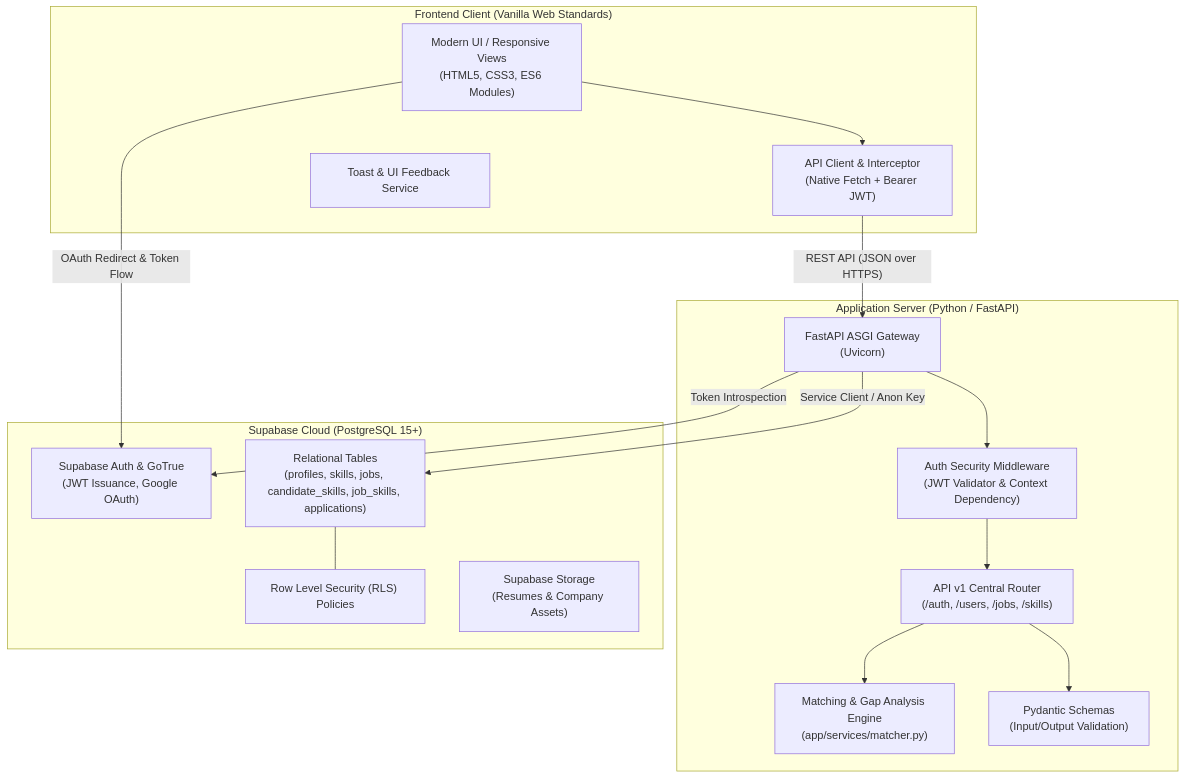
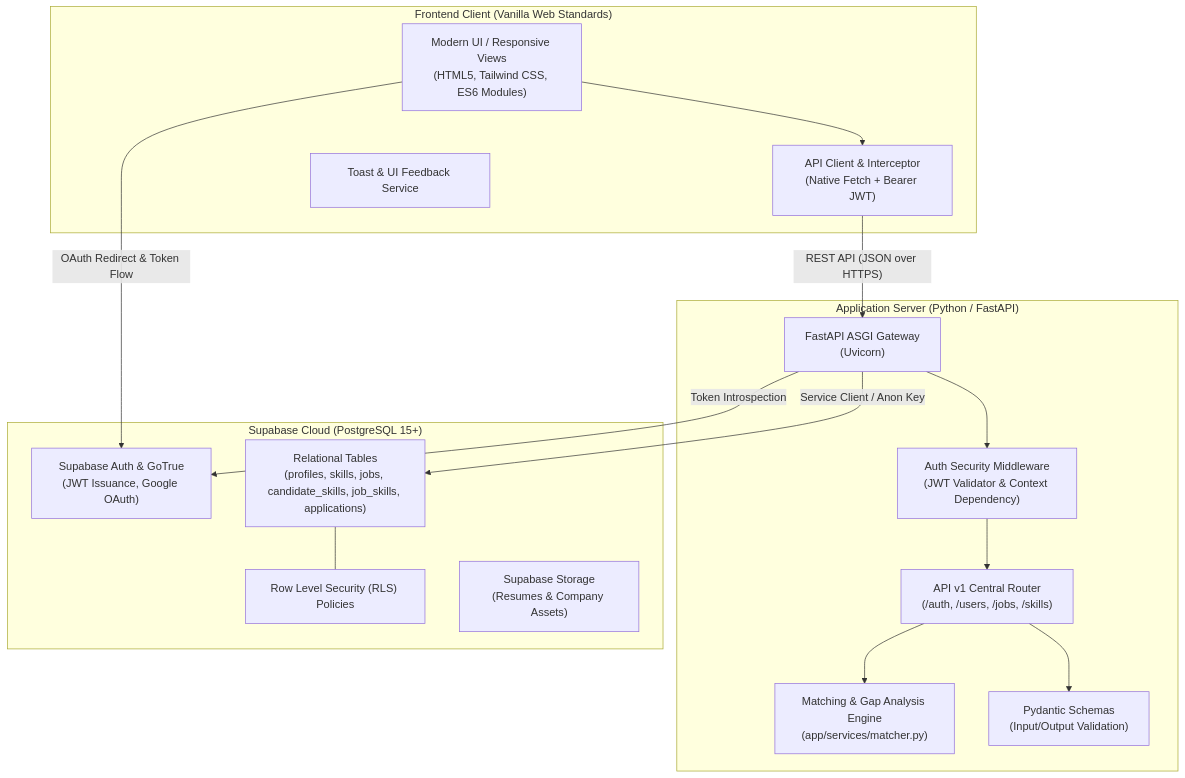
The first of 4 diagrams in docs/ARCHITECTURE.md (RushalBangar/Curiousparc_Trinity-Coders), drawn with Mermaid before and after one commit. The commit also changed other lines of this file and 3 other files, not shown here.

Commit message:
docs: Update technology stack documentation to reflect Tailwind CSS transition

````diff
--- a/docs/ARCHITECTURE.md
+++ b/docs/ARCHITECTURE.md
@@ -28,35 +28,35 @@
 ```mermaid
 flowchart TD
     subgraph Client["Frontend Client (Vanilla Web Standards)"]
-        UI["Modern UI / Responsive Views\n(HTML5, CSS3, ES6 Modules)"]
+        UI["Modern UI / Responsive Views\n(HTML5, Tailwind CSS, ES6 Modules)"]
         APIClient["API Client & Interceptor\n(Native Fetch + Bearer JWT)"]
         ToastMgr["Toast & UI Feedback Service"]
     end
 
     subgraph Backend["Application Server (Python / FastAPI)"]
         FastAPIApp["FastAPI ASGI Gateway\n(Uvicorn)"]
         Router["API v1 Central Router\n(/auth, /users, /jobs, /skills)"]
         SecurityMW["Auth Security Middleware\n(JWT Validator & Context Dependency)"]
         MatchEngine["Matching & Gap Analysis Engine\n(app/services/matcher.py)"]
         Models["Pydantic Schemas\n(Input/Output Validation)"]
     end
 
     subgraph Database["Supabase Cloud (PostgreSQL 15+)"]
         AuthService["Supabase Auth & GoTrue\n(JWT Issuance, Google OAuth)"]
         PostgresTables["Relational Tables\n(profiles, skills, jobs, candidate_skills, job_skills, applications)"]
         RLS["Row Level Security (RLS) Policies"]
         StorageEngine["Supabase Storage\n(Resumes & Company Assets)"]
     end
 
     UI --> APIClient
     APIClient -- "REST API (JSON over HTTPS)" --> FastAPIApp
     FastAPIApp --> SecurityMW
     SecurityMW --> Router
     Router --> MatchEngine
     Router --> Models
     
     FastAPIApp -- "Service Client / Anon Key" --> PostgresTables
     FastAPIApp -- "Token Introspection" --> AuthService
     UI -- "OAuth Redirect & Token Flow" --> AuthService
     PostgresTables --- RLS
 ```
````
